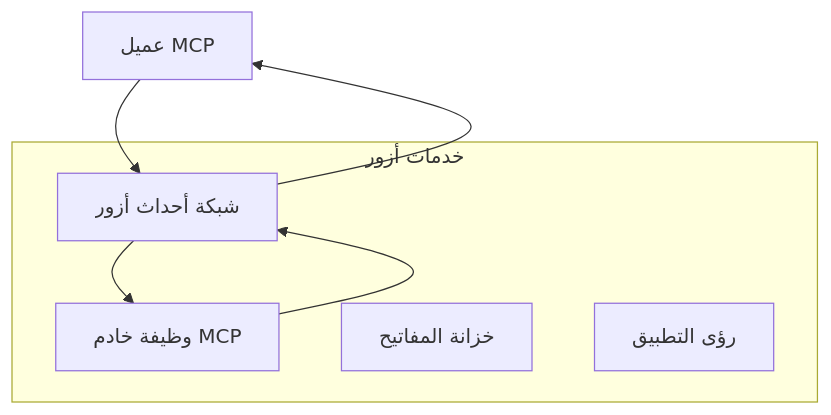
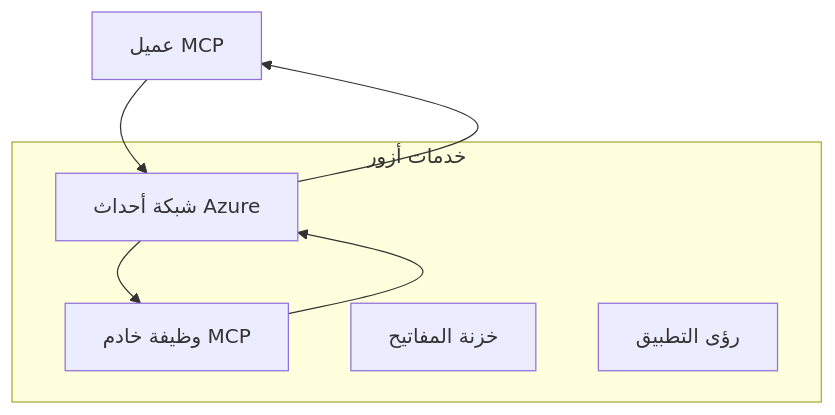
One commit to HIDORAKAI002/ai-workspace-archive changed the first of 2 diagrams in mcp_ecosystem__model_context_protocol/mcp_learning_resources/mcp-for-beginners/translations/ar/05-AdvancedTopics/mcp-transport/README.md. Above: the diagram before and after it, drawn with Mermaid. The commit also changed other lines of this file and 1046 other files, not shown here.

````diff
--- a/mcp_ecosystem__model_context_protocol/mcp_learning_resources/mcp-for-beginners/translations/ar/05-AdvancedTopics/mcp-transport/README.md
+++ b/mcp_ecosystem__model_context_protocol/mcp_learning_resources/mcp-for-beginners/translations/ar/05-AdvancedTopics/mcp-transport/README.md
@@ -58,14 +60,14 @@
 ```mermaid
 graph TB
-    Client[عميل MCP] --> EG[شبكة أحداث أزور]
+    Client[عميل MCP] --> EG[شبكة أحداث Azure]
     EG --> Server[وظيفة خادم MCP]
     Server --> EG
     EG --> Client
     
     subgraph "خدمات أزور"
         EG
         Server
-        KV[خزانة المفاتيح]
+        KV[خزنة المفاتيح]
         Monitor[رؤى التطبيق]
     end
 ```
````
